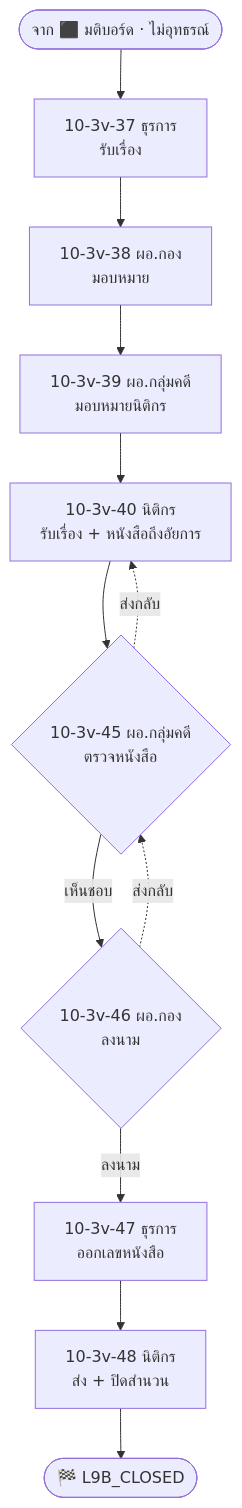
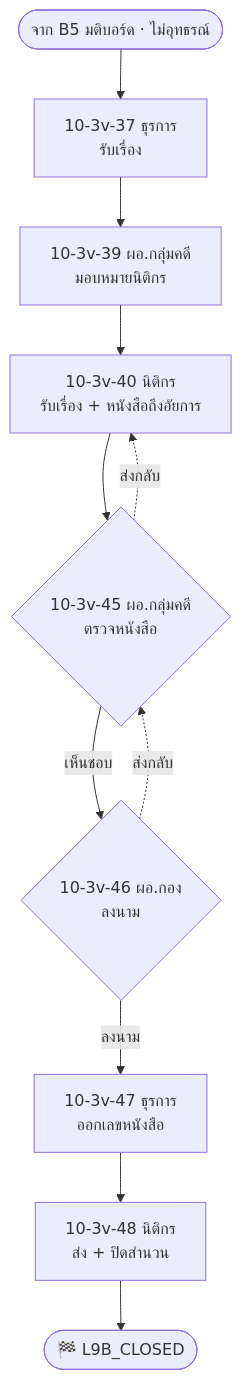
One commit to varitthon/E-CMIS-A4 changed diagram 12 of 13 in docs/activity10-flow-10.3.md. Above: the diagram before and after it, drawn with Mermaid. The commit also changed other lines of this file and 181 other files, not shown here.

First line of the commit message:
feat: ปรับ flow หลังประชุมคณะกรรมการ 14/10 — ตัดขั้นตอนมอบหมาย ผอ.กฎหมาย + เพิ่มระบบคำพิพากษา

````diff
--- a/docs/activity10-flow-10.3.md
+++ b/docs/activity10-flow-10.3.md
@@ -321,9 +341,9 @@
 ```mermaid
 flowchart TD
-  S(["จาก ⬛ มติบอร์ด · ไม่อุทธรณ์"]) --> B37["10-3v-37 ธุรการ<br/>รับเรื่อง"] --> B38["10-3v-38 ผอ.กอง<br/>มอบหมาย"] --> B39["10-3v-39 ผอ.กลุ่มคดี<br/>มอบหมายนิติกร"] --> B40["10-3v-40 นิติกร<br/>รับเรื่อง + หนังสือถึงอัยการ"] --> B45{"10-3v-45 ผอ.กลุ่มคดี<br/>ตรวจหนังสือ"}
+  S(["จาก B5 มติบอร์ด · ไม่อุทธรณ์"]) --> B37["10-3v-37 ธุรการ<br/>รับเรื่อง"] --> B39["10-3v-39 ผอ.กลุ่มคดี<br/>มอบหมายนิติกร"] --> B40["10-3v-40 นิติกร<br/>รับเรื่อง + หนังสือถึงอัยการ"] --> B45{"10-3v-45 ผอ.กลุ่มคดี<br/>ตรวจหนังสือ"}
   B45 -. ส่งกลับ .-> B40
   B45 -- เห็นชอบ --> B46{"10-3v-46 ผอ.กอง<br/>ลงนาม"}
   B46 -. ส่งกลับ .-> B45
   B46 -- ลงนาม --> B47["10-3v-47 ธุรการ<br/>ออกเลขหนังสือ"] --> B48["10-3v-48 นิติกร<br/>ส่ง + ปิดสำนวน"] --> T(["🏁 L9B_CLOSED"])
   classDef ext fill:#eeeeee,stroke:#999999,stroke-dasharray:5 5,color:#555555
 ```
````
